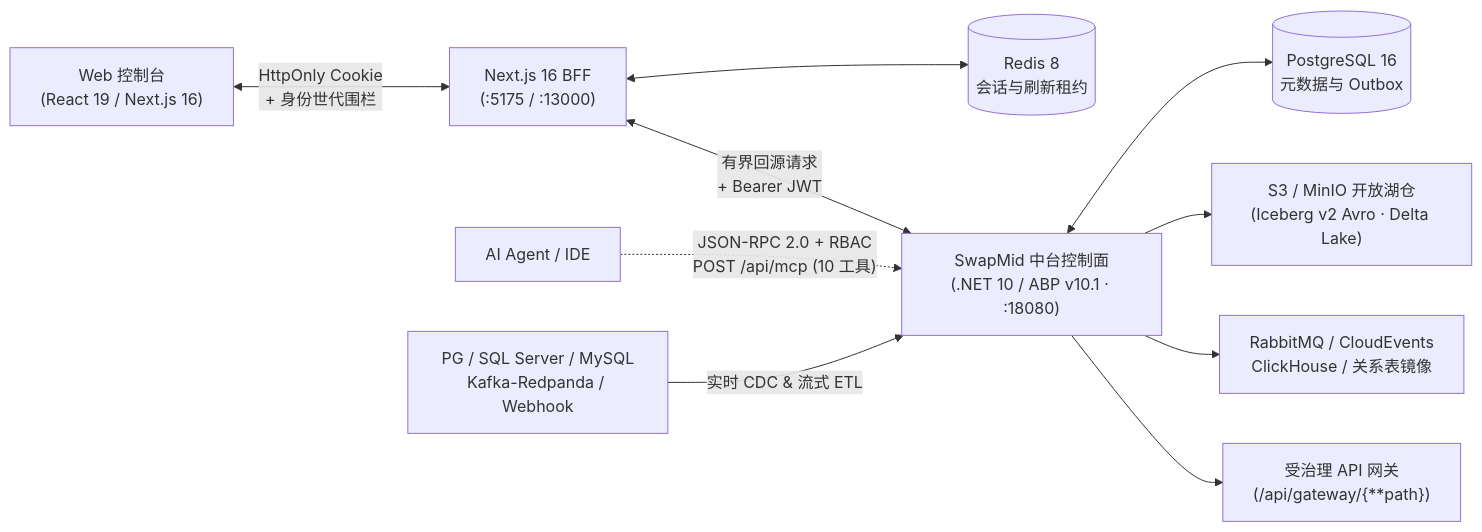
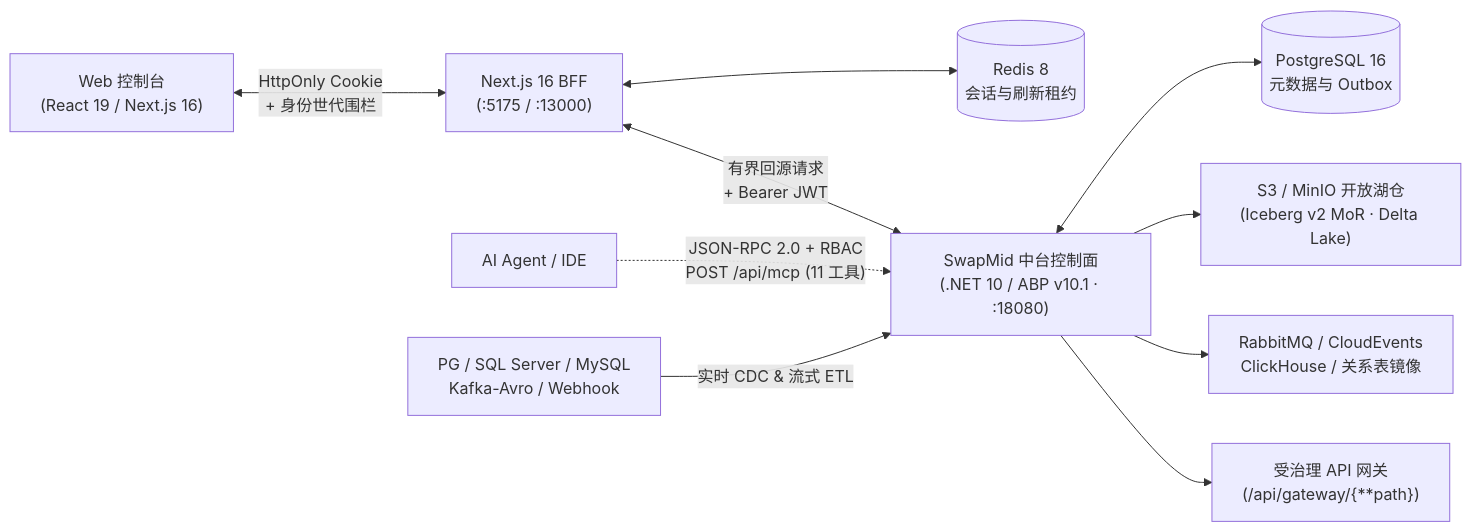
Before and after one commit to q871958549/SwapMid: the diagram in README.zh-CN.md, drawn with Mermaid. The commit also changed other lines of this file and 80 other files, not shown here.

Commit message:
feat(lakehouse,cdc,gitops): ship v2.6.0 Iceberg v2 Merge-on-Read Equality Deletes, Schema Registry Avro, and declarative GitOps (swapmidctl)

````diff
--- a/README.zh-CN.md
+++ b/README.zh-CN.md
@@ -31,12 +31,12 @@
 ```mermaid
 flowchart LR
   Browser["Web 控制台\n(React 19 / Next.js 16)"] <-->|"HttpOnly Cookie\n+ 身份世代围栏"| BFF["Next.js 16 BFF\n(:5175 / :13000)"]
   BFF <--> Redis[("Redis 8\n会话与刷新租约")]
   BFF <-->|"有界回源请求\n+ Bearer JWT"| Core["SwapMid 中台控制面\n(.NET 10 / ABP v10.1 · :18080)"]
-  AI["AI Agent / IDE"] -.->|"JSON-RPC 2.0 + RBAC\nPOST /api/mcp (10 工具)"| Core
+  AI["AI Agent / IDE"] -.->|"JSON-RPC 2.0 + RBAC\nPOST /api/mcp (11 工具)"| Core
   Core <--> PG[("PostgreSQL 16\n元数据与 Outbox")]
-  Sources["PG / SQL Server / MySQL\nKafka-Redpanda / Webhook"] -->|"实时 CDC & 流式 ETL"| Core
-  Core --> Lake["S3 / MinIO 开放湖仓\n(Iceberg v2 Avro · Delta Lake)"]
+  Sources["PG / SQL Server / MySQL\nKafka-Avro / Webhook"] -->|"实时 CDC & 流式 ETL"| Core
+  Core --> Lake["S3 / MinIO 开放湖仓\n(Iceberg v2 MoR · Delta Lake)"]
   Core --> Bus["RabbitMQ / CloudEvents\nClickHouse / 关系表镜像"]
   Core --> Upstreams["受治理 API 网关\n(/api/gateway/{**path})"]
 ```
````
